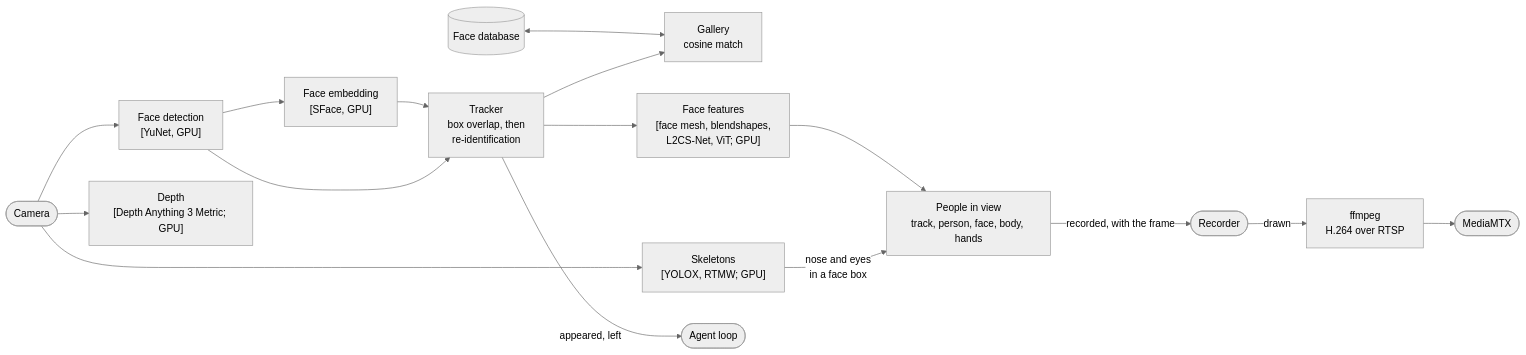
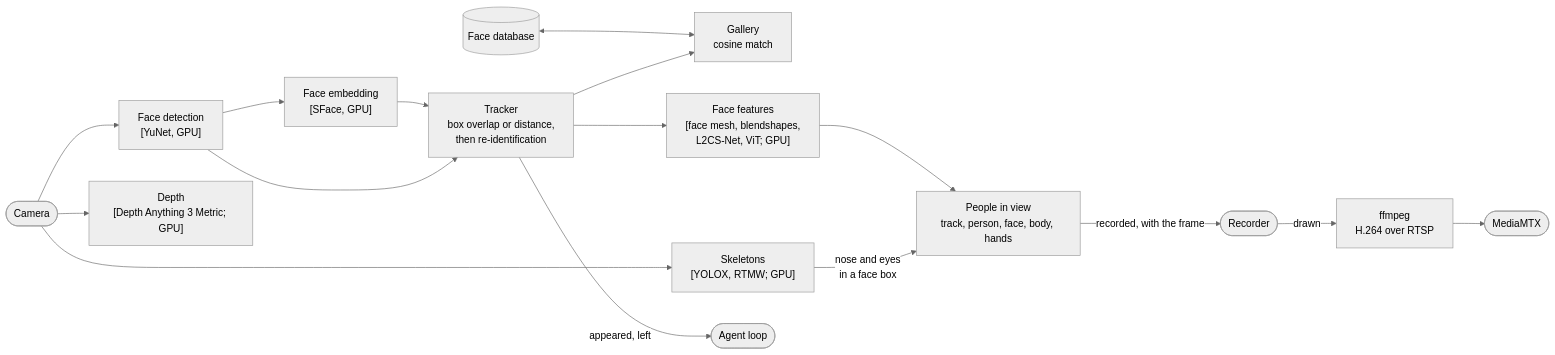
Before and after one commit to lokiledev/robot-voice-agent: the fifth of 9 diagrams in docs/ARCHITECTURE.md, drawn with Mermaid (neutral theme). The commit also changed other lines of this file and 9 other files, not shown here.

````diff
--- a/docs/ARCHITECTURE.md
+++ b/docs/ARCHITECTURE.md
@@ -209,17 +209,17 @@
 ```mermaid
 flowchart LR
     cam([Camera]) --> det["Face detection<br/>[YuNet, GPU]"]
     det --> emb["Face embedding<br/>[SFace, GPU]"]
-    det & emb --> trk["Tracker<br/>box overlap, then<br/>re-identification"]
+    det & emb --> trk["Tracker<br/>box overlap or distance,<br/>then re-identification"]
     trk --> gal["Gallery<br/>cosine match"]
     db[("Face database")] <--> gal
     trk --> feat["Face features<br/>[face mesh, blendshapes,<br/>L2CS-Net, ViT; GPU]"]
     cam --> body["Skeletons<br/>[YOLOX, RTMW; GPU]"]
     cam --> depth["Depth<br/>[Depth Anything 3 Metric; GPU]"]
     body -- "nose and eyes<br/>in a face box" --> scene["People in view<br/>track, person, face, body, hands"]
     feat --> scene
     trk -- "appeared, left" --> loop([Agent loop])
     scene -- "recorded, with the frame" --> rec([Recorder])
     rec -- "drawn" --> ff["ffmpeg<br/>H.264 over RTSP"]
     ff --> mtx([MediaMTX])
 ```
````
